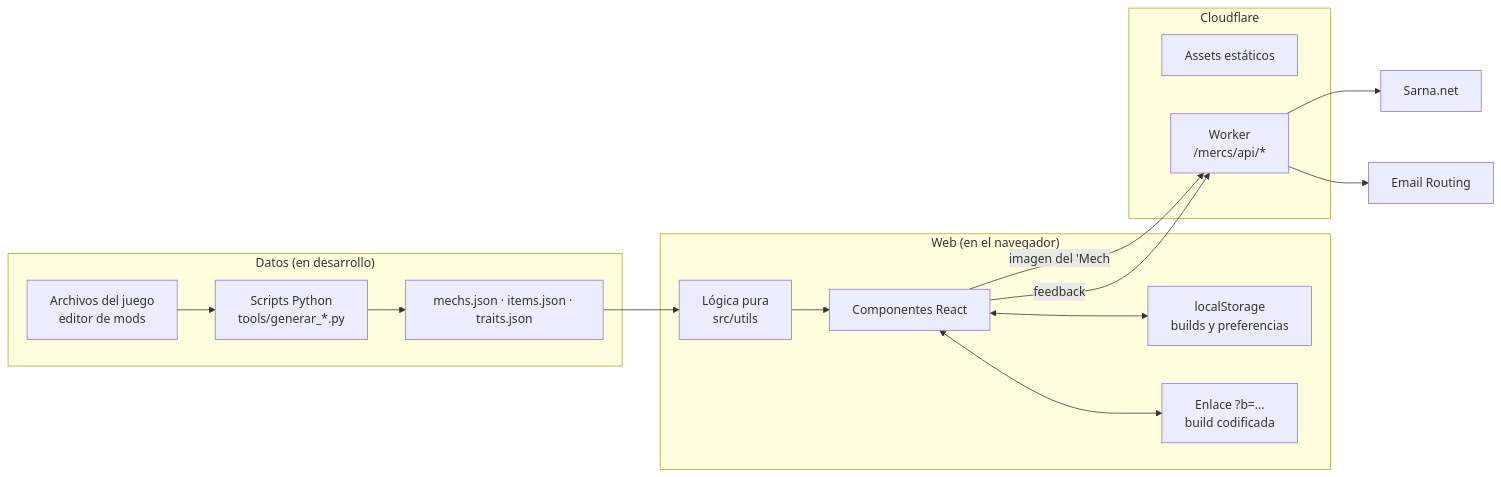
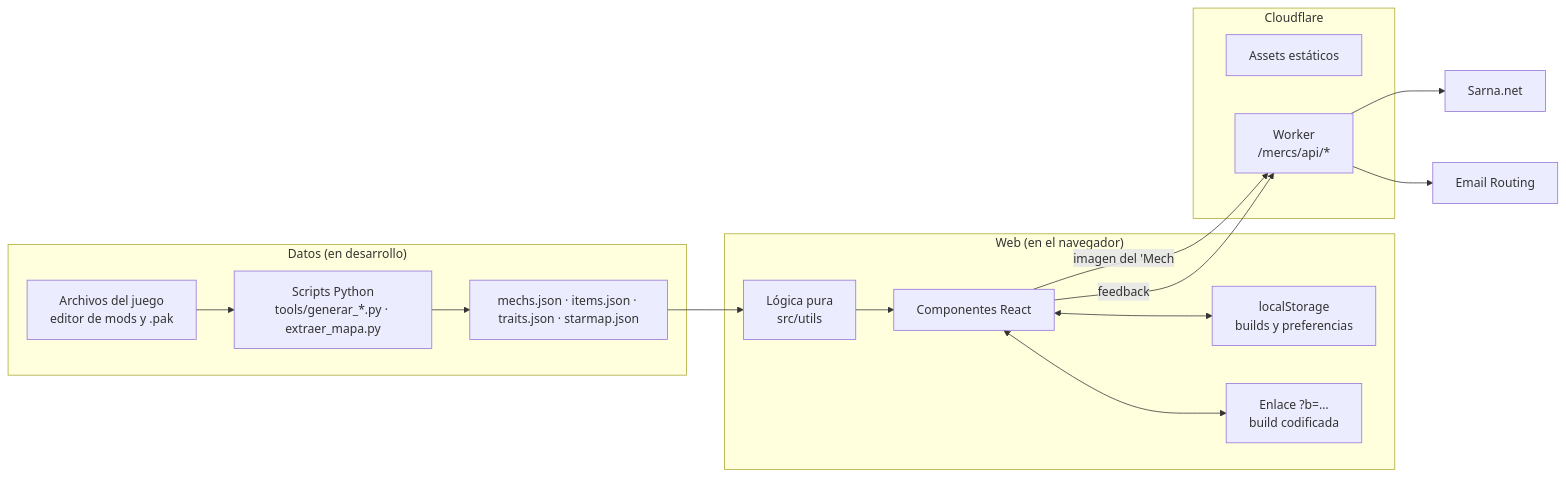
One commit to PonchoiDev/mechlab-web changed the first of 2 diagrams in docs/arquitectura.md. Above: the diagram before and after it, drawn with Mermaid. The commit also changed other lines of this file and 4 other files, not shown here.

````diff
--- a/docs/arquitectura.md
+++ b/docs/arquitectura.md
@@ -9,21 +9,21 @@
 ```mermaid
 flowchart LR
   subgraph Datos["Datos (en desarrollo)"]
-    Juego["Archivos del juego<br/>editor de mods"] --> Scripts["Scripts Python<br/>tools/generar_*.py"]
-    Scripts --> JSON["mechs.json · items.json · traits.json"]
+    Juego["Archivos del juego<br/>editor de mods y .pak"] --> Scripts["Scripts Python<br/>tools/generar_*.py · extraer_mapa.py"]
+    Scripts --> JSON["mechs.json · items.json · traits.json · starmap.json"]
   end
   subgraph Web["Web (en el navegador)"]
     JSON --> Logica["Lógica pura<br/>src/utils"]
     Logica --> UI["Componentes React"]
     UI <--> Local["localStorage<br/>builds y preferencias"]
     UI <--> Enlace["Enlace ?b=…<br/>build codificada"]
   end
   subgraph Cloudflare
     Assets["Assets estáticos"]
     Worker["Worker<br/>/mercs/api/*"]
   end
   UI -- "imagen del 'Mech" --> Worker
   UI -- "feedback" --> Worker
   Worker --> Sarna["Sarna.net"]
   Worker --> Correo["Email Routing"]
 ```
````
